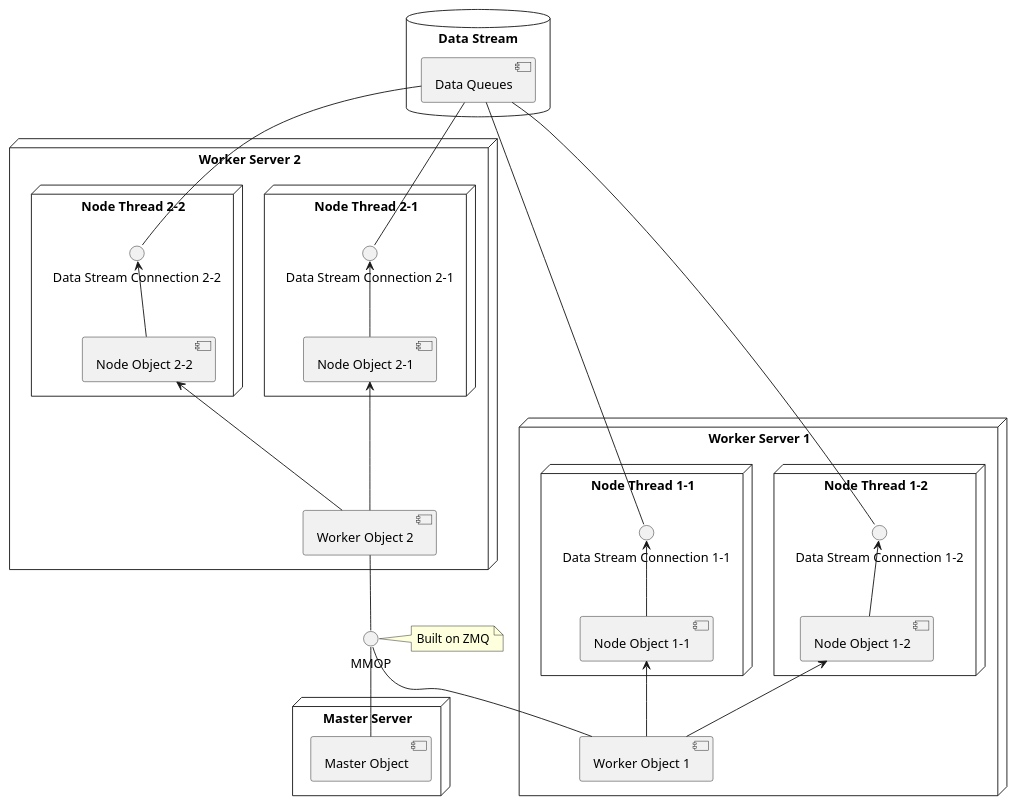
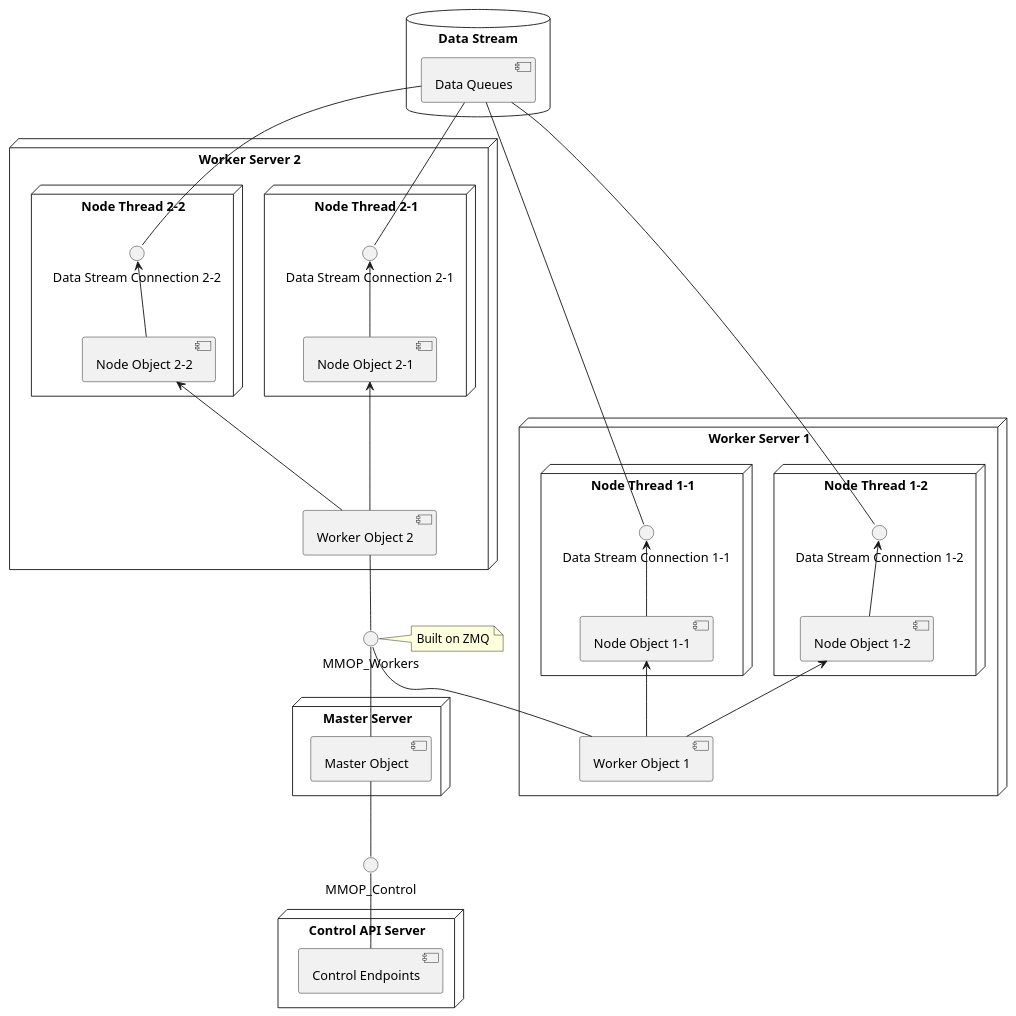
Before and after one commit to lisp-mirror/monomyth: the diagram in docs/monomyth/v0/system.puml, drawn with PlantUML. The commit also changed 2 other files, not shown here.

Commit message:
docs (control api): added control to design docs
ISSUE: #67

```diff
--- a/docs/monomyth/v0/system.puml
+++ b/docs/monomyth/v0/system.puml
@@ -1,43 +1,49 @@
 @startuml
 
-() MMOP
+() MMOP_Workers
+() MMOP_Control
 
-Note right of MMOP : Built on ZMQ
+Note right of MMOP_Workers : Built on ZMQ
 
 database "Data Stream" {
         [Data Queues]
 }
 
 node "Worker Server 1" {
         node "Node Thread 1-1" {
                 () "Data Stream Connection 1-1" <-- [Node Object 1-1]
                 [Data Queues] -- () "Data Stream Connection 1-1"
         }
         node "Node Thread 1-2" {
                 () "Data Stream Connection 1-2" <-- [Node Object 1-2]
                 [Data Queues] -- () "Data Stream Connection 1-2"
         }
         [Node Object 1-1] <-- [Worker Object 1]
         [Node Object 1-2] <-- [Worker Object 1]
 }
 
 node "Worker Server 2" {
         node "Node Thread 2-1" {
                 () "Data Stream Connection 2-1" <-- [Node Object 2-1]
                 [Data Queues] -- () "Data Stream Connection 2-1"
         }
         node "Node Thread 2-2" {
                 () "Data Stream Connection 2-2" <-- [Node Object 2-2]
                 [Data Queues] -- () "Data Stream Connection 2-2"
         }
         [Node Object 2-1] <-- [Worker Object 2]
         [Node Object 2-2] <-- [Worker Object 2]
 }
 
 node "Master Server" {
-        MMOP -- [Master Object]
-        MMOP -- [Worker Object 1]
-        [Worker Object 2] -- MMOP
+        MMOP_Workers -- [Master Object]
+        MMOP_Workers -- [Worker Object 1]
+        [Worker Object 2] -- MMOP_Workers
+        [Master Object] -- MMOP_Control
+}
+
+node "Control API Server" {
+        MMOP_Control -- [Control Endpoints]
 }
 
 @enduml
```
